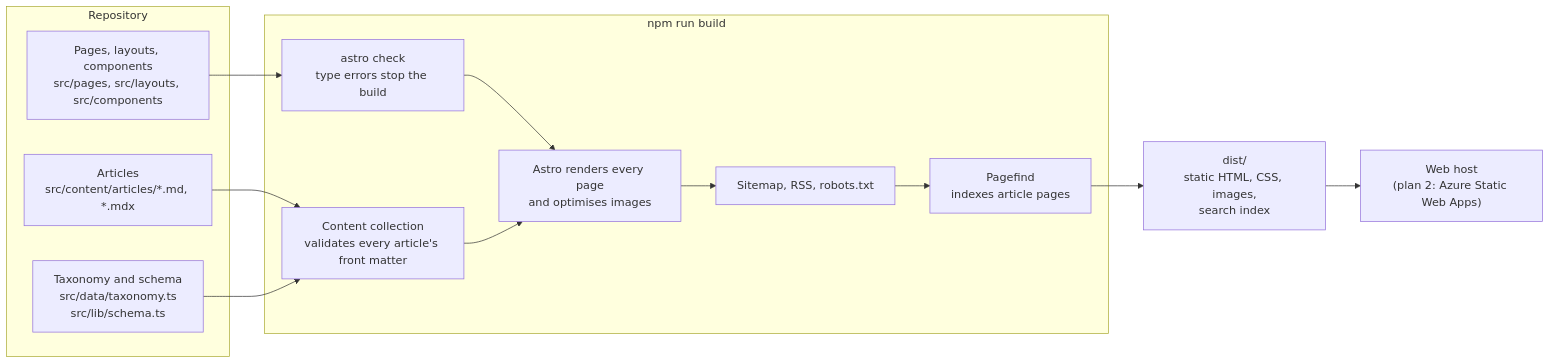
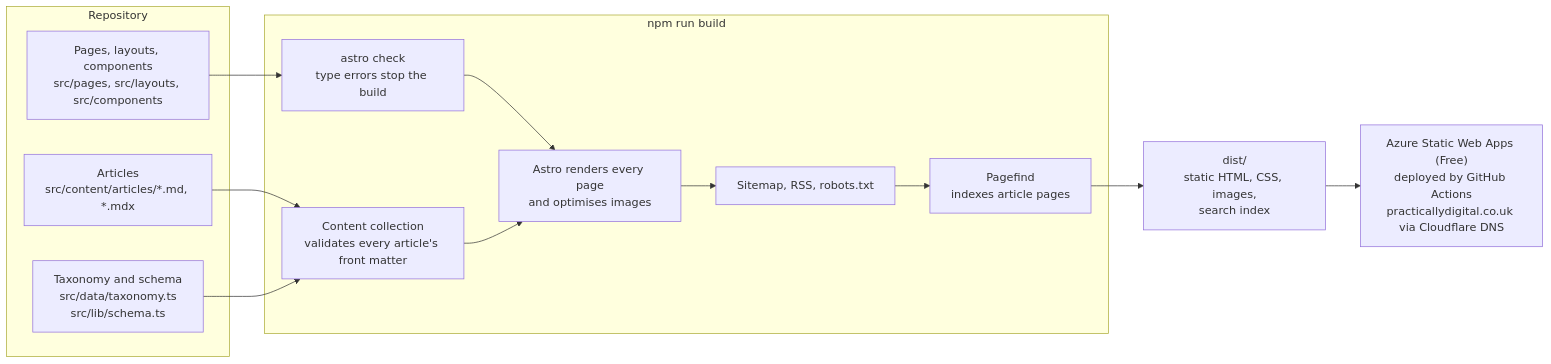
One commit to NPietrow/PracticallyDigital changed the diagram in docs/architecture/overview.md. Above: the diagram before and after it, drawn with Mermaid. The commit also changed other lines of this file and 3 other files, not shown here.

````diff
--- a/docs/architecture/overview.md
+++ b/docs/architecture/overview.md
@@ -9,24 +9,24 @@
 ```mermaid
 flowchart LR
   subgraph repo["Repository"]
     A["Articles<br/>src/content/articles/*.md, *.mdx"]
     T["Taxonomy and schema<br/>src/data/taxonomy.ts<br/>src/lib/schema.ts"]
     P["Pages, layouts, components<br/>src/pages, src/layouts, src/components"]
   end
 
   subgraph build["npm run build"]
     C["astro check<br/>type errors stop the build"]
     V["Content collection<br/>validates every article's front matter"]
     R["Astro renders every page<br/>and optimises images"]
     X["Sitemap, RSS, robots.txt"]
     S["Pagefind<br/>indexes article pages"]
   end
 
   O["dist/<br/>static HTML, CSS, images,<br/>search index"]
-  H["Web host<br/>(plan 2: Azure Static Web Apps)"]
+  H["Azure Static Web Apps (Free)<br/>deployed by GitHub Actions<br/>practicallydigital.co.uk via Cloudflare DNS"]
 
   A --> V
   T --> V
   P --> C --> R
   V --> R --> X --> S --> O --> H
 ```
````
